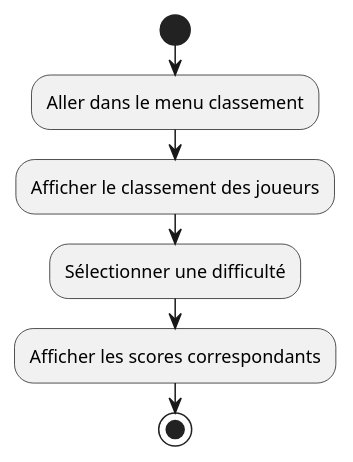
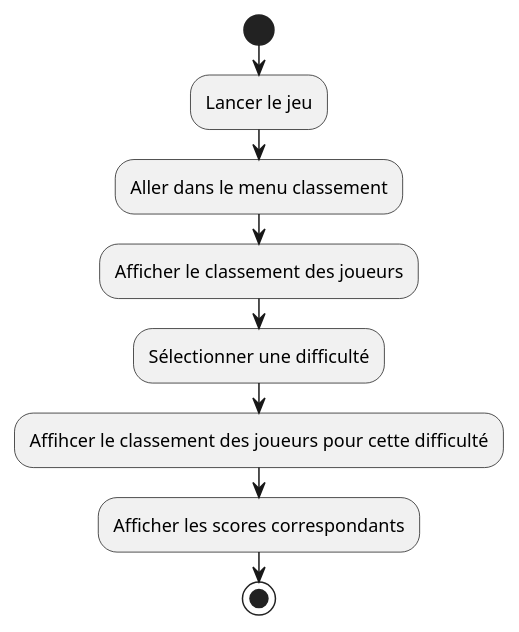
One commit to LosVerinos/Crossy-Road changed the diagram in Diagram/ActivityDiagram/consultLeaderBoard.puml. Above: the diagram before and after it, drawn with PlantUML. The commit also changed 13 other files, not shown here.

Commit message:
première modif sur les diagrammes d'activités

```diff
--- a/Diagram/ActivityDiagram/consultLeaderBoard.puml
+++ b/Diagram/ActivityDiagram/consultLeaderBoard.puml
@@ -1,8 +1,10 @@
 @startuml
 start
+:Lancer le jeu;
 :Aller dans le menu classement;
 :Afficher le classement des joueurs;
 :Sélectionner une difficulté;
+:Affihcer le classement des joueurs pour cette difficulté;
 :Afficher les scores correspondants;
 stop
 @enduml
```
